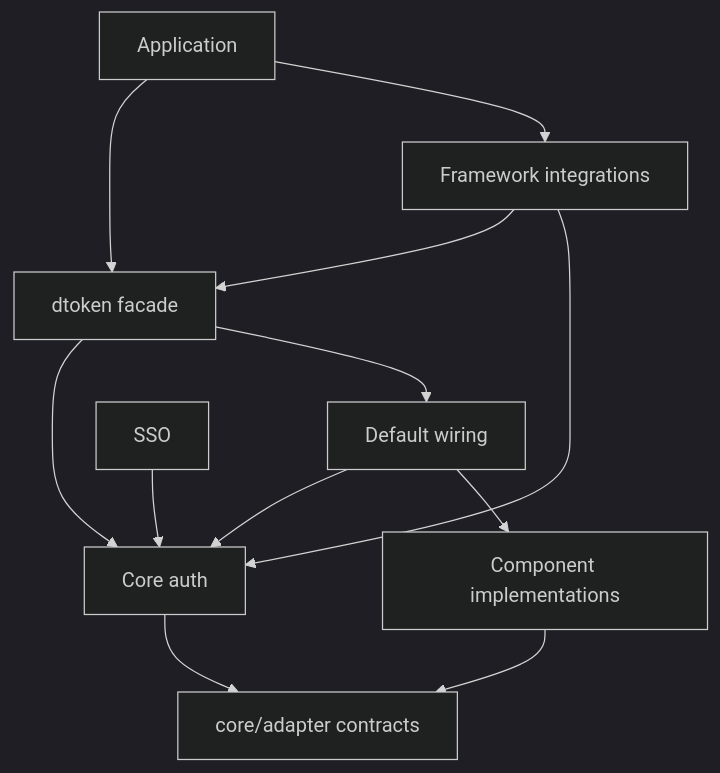
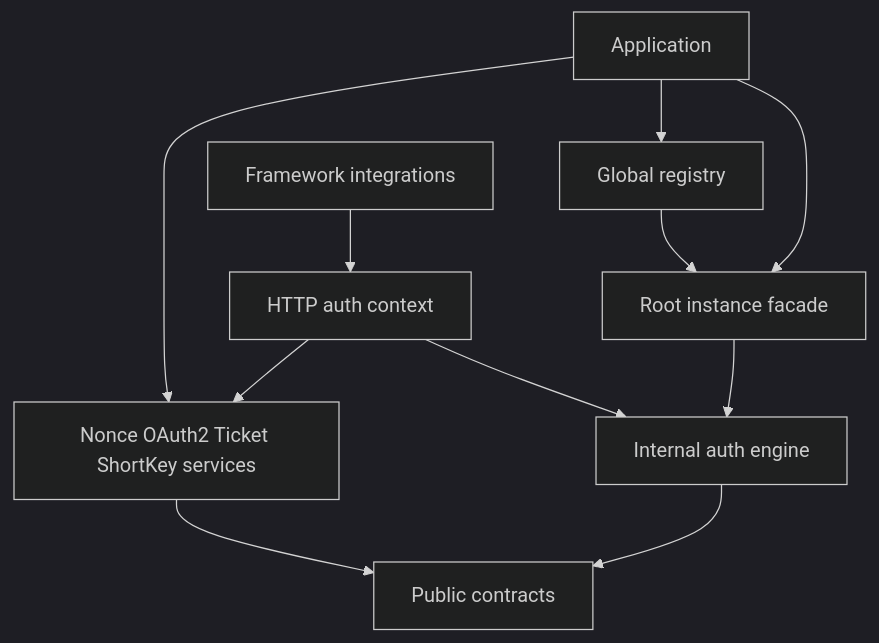
The diagram in docs/design/architecture.md (Zany2/dtoken-go), drawn with Mermaid (dark theme) before and after one commit. The commit also changed other lines of this file and 131 other files, not shown here.

````diff
--- a/docs/design/architecture.md
+++ b/docs/design/architecture.md
@@ -7,14 +5,13 @@
 ```mermaid
 flowchart TD
-    App[Application] --> Facade[dtoken facade]
-    App --> Integrations[Framework integrations]
-    Integrations --> Facade
-    Integrations --> Core[Core auth]
-    Facade --> Core
-    Facade --> Defaults[Default wiring]
-    Defaults --> Core
-    Defaults --> Components[Component implementations]
-    Components --> Contracts[core/adapter contracts]
-    Core --> Contracts
-    SSO[SSO] --> Core
+    App[Application] --> Auth[Root instance facade]
+    App --> Global[Global registry]
+    Global --> Auth
+    Auth --> Engine[Internal auth engine]
+    App --> Services[Nonce OAuth2 Ticket ShortKey services]
+    Services --> Contracts[Public contracts]
+    Engine --> Contracts
+    HTTP[Framework integrations] --> Context[HTTP auth context]
+    Context --> Engine
+    Context --> Services
 ```
````
